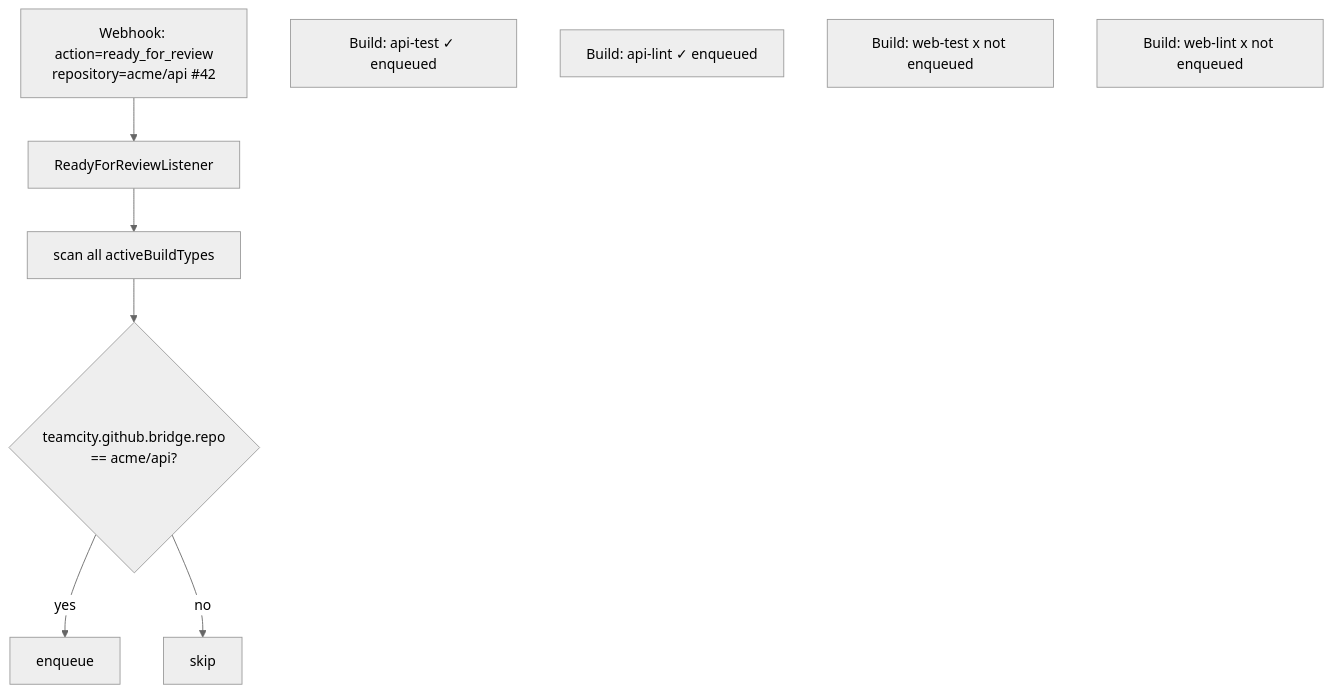
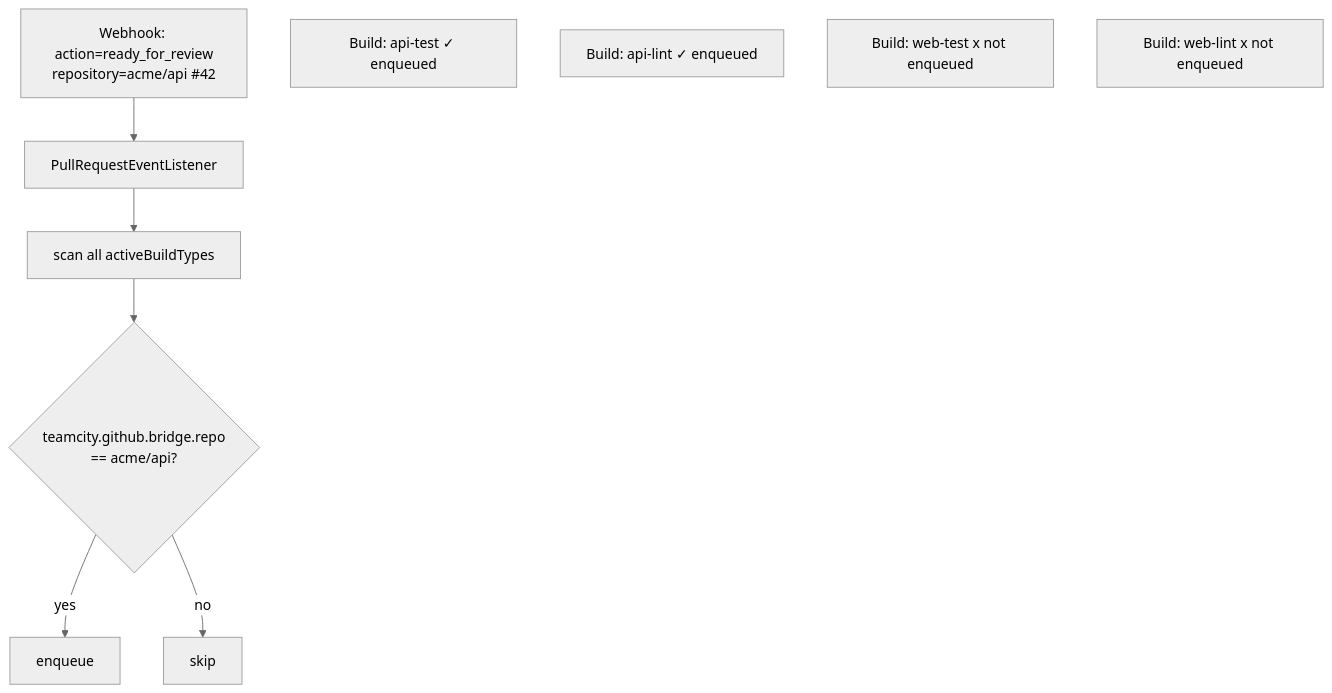
The fifth of 7 diagrams in doc/usage-scenarios.md (Silmaen/teamcity-github), drawn with Mermaid (neutral theme) before and after one commit. The commit also changed other lines of this file and 13 other files, not shown here.

````diff
--- a/doc/usage-scenarios.md
+++ b/doc/usage-scenarios.md
@@ -242,13 +242,13 @@
 ```mermaid
 flowchart TD
-    A[Webhook: action=ready_for_review<br/>repository=acme/api #42] --> B[ReadyForReviewListener]
+    A[Webhook: action=ready_for_review<br/>repository=acme/api #42] --> B[PullRequestEventListener]
     B --> C[scan all activeBuildTypes]
     C --> D{teamcity.github.bridge.repo<br/>== acme/api?}
     D -->|yes| E[enqueue]
     D -->|no| F[skip]
 
     G[Build: api-test ✓ enqueued]
     H[Build: api-lint ✓ enqueued]
     I[Build: web-test x not enqueued]
     J[Build: web-lint x not enqueued]
 ```
````
